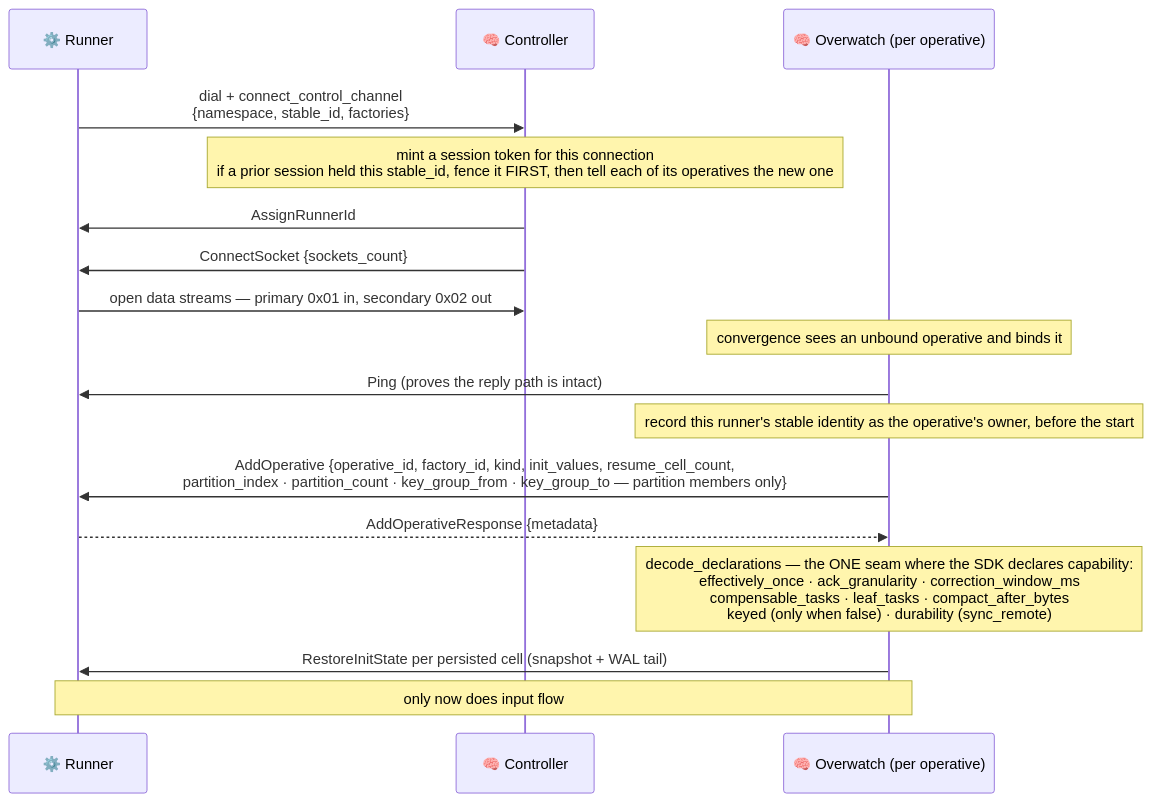
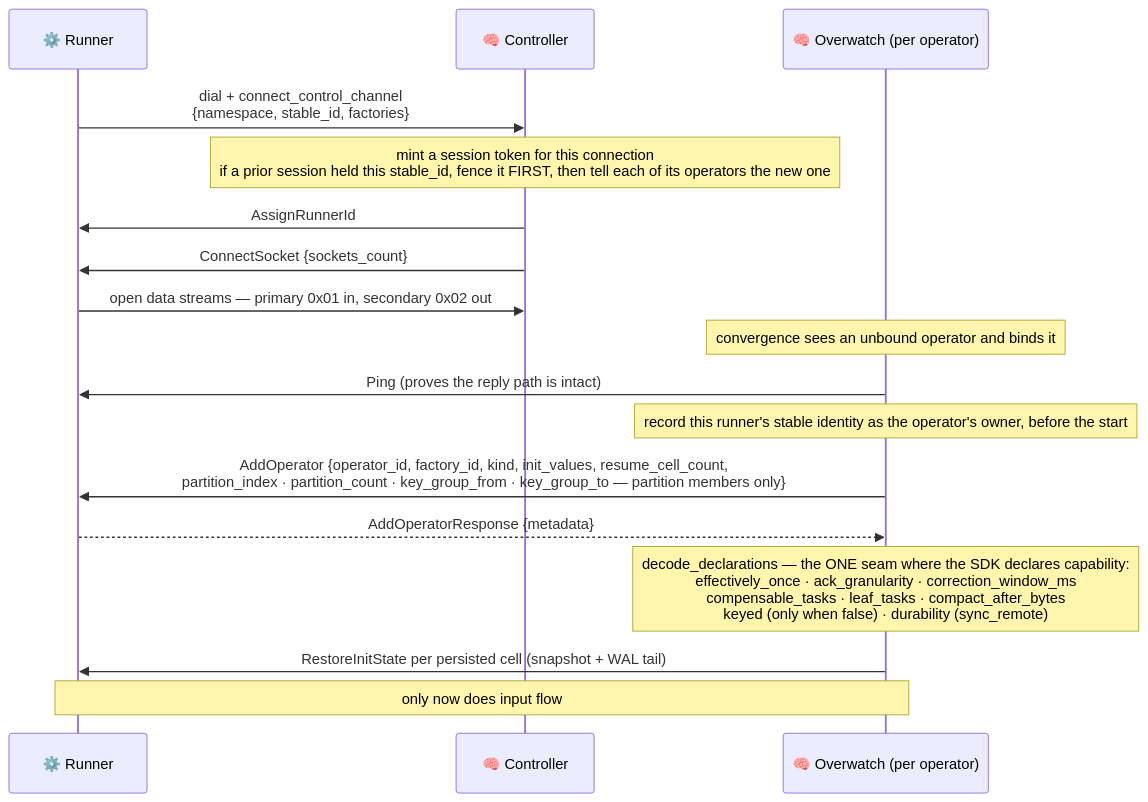
One commit to Flezha/flezha changed the seventh of 9 diagrams in docs/architecture/README.md. Above: the diagram before and after it, drawn with Mermaid. The commit also changed other lines of this file and 929 other files, not shown here.

First line of the commit message:
Rename Operative to Operator, and its kinds to unbounded and bounded

````diff
--- a/docs/architecture/README.md
+++ b/docs/architecture/README.md
@@ -399,21 +399,21 @@
 ```mermaid
 sequenceDiagram
     participant EX as ⚙️ Runner
     participant CTRL as 🧠 Controller
-    participant OW as 🧠 Overwatch (per operative)
+    participant OW as 🧠 Overwatch (per operator)
 
     EX->>CTRL: dial + connect_control_channel<br/>{namespace, stable_id, factories}
-    Note over CTRL: mint a session token for this connection<br/>if a prior session held this stable_id, fence it FIRST, then tell each of its operatives the new one
+    Note over CTRL: mint a session token for this connection<br/>if a prior session held this stable_id, fence it FIRST, then tell each of its operators the new one
     CTRL->>EX: AssignRunnerId
     CTRL->>EX: ConnectSocket {sockets_count}
     EX->>CTRL: open data streams — primary 0x01 in, secondary 0x02 out
 
-    Note over OW: convergence sees an unbound operative and binds it
+    Note over OW: convergence sees an unbound operator and binds it
     OW->>EX: Ping (proves the reply path is intact)
-    Note over OW: record this runner's stable identity as the operative's owner, before the start
-    OW->>EX: AddOperative {operative_id, factory_id, kind, init_values, resume_cell_count,<br/>partition_index · partition_count · key_group_from · key_group_to — partition members only}
-    EX-->>OW: AddOperativeResponse {metadata}
+    Note over OW: record this runner's stable identity as the operator's owner, before the start
+    OW->>EX: AddOperator {operator_id, factory_id, kind, init_values, resume_cell_count,<br/>partition_index · partition_count · key_group_from · key_group_to — partition members only}
+    EX-->>OW: AddOperatorResponse {metadata}
     Note over OW: decode_declarations — the ONE seam where the SDK declares capability:<br/>effectively_once · ack_granularity · correction_window_ms<br/>compensable_tasks · leaf_tasks · compact_after_bytes<br/>keyed (only when false) · durability (sync_remote)
     OW->>EX: RestoreInitState per persisted cell (snapshot + WAL tail)
     Note over OW,EX: only now does input flow
 ```
````
